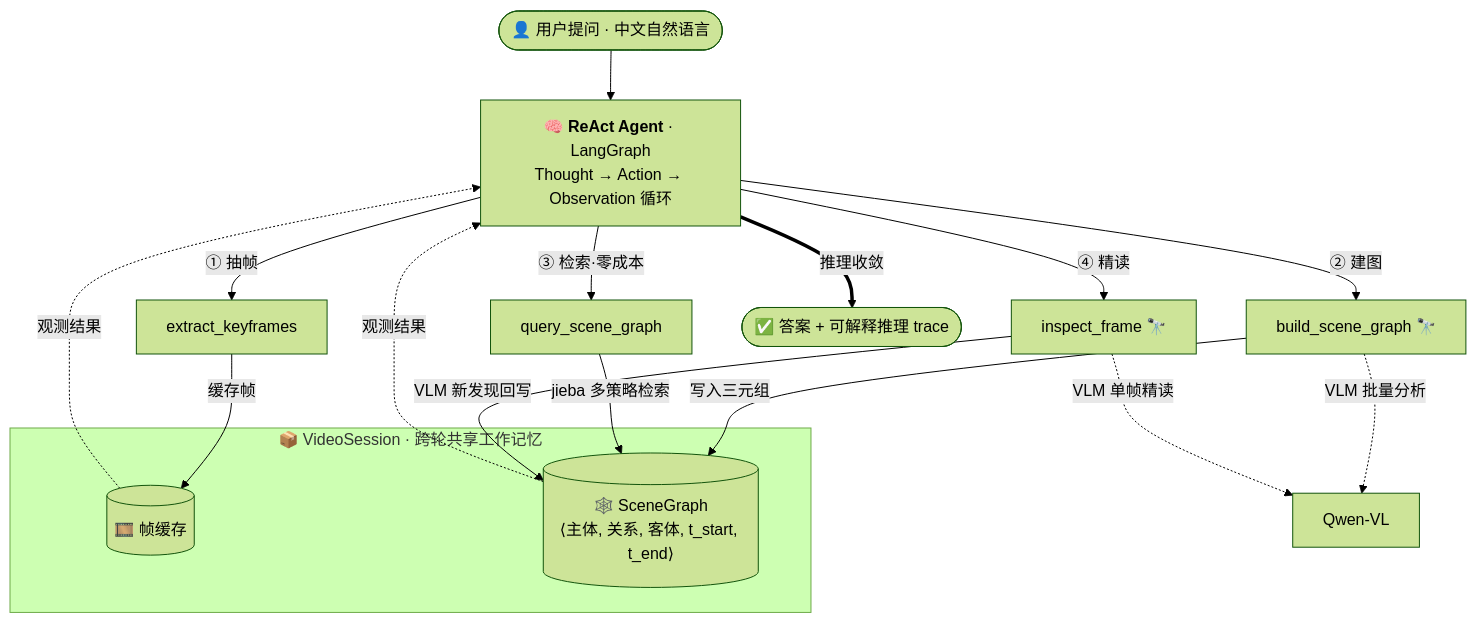
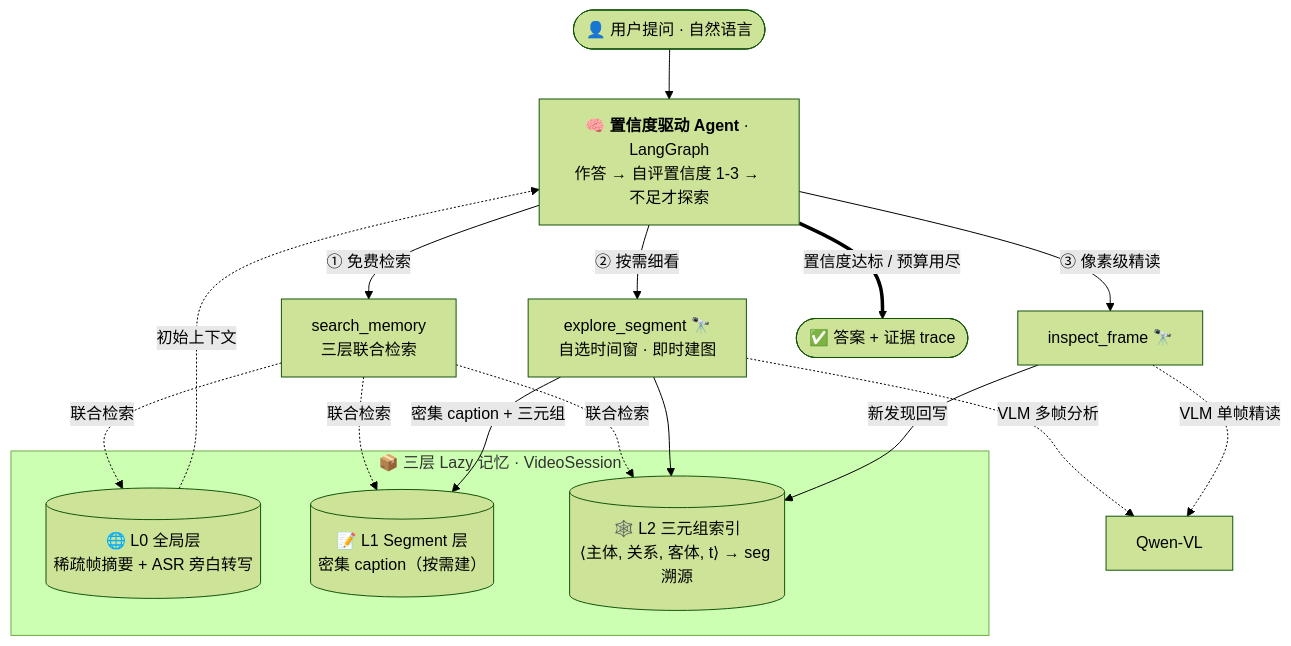
Before and after one commit to Henrick-Cheng/Video-agent: the diagram in README.md, drawn with Mermaid (forest theme). The commit also changed other lines of this file, not shown here.

First line of the commit message:
docs: rewrite README for v2 architecture (keep Chinese)

````diff
--- a/README.md
+++ b/README.md
@@ -16,28 +16,27 @@
 ```mermaid
 flowchart TD
-    User(["👤 用户提问 · 中文自然语言"]) --> Agent
+    User(["👤 用户提问 · 自然语言"]) --> Agent
 
-    Agent["🧠 <b>ReAct Agent</b> · LangGraph<br/>Thought → Action → Observation 循环"]
+    Agent["🧠 <b>置信度驱动 Agent</b> · LangGraph<br/>作答 → 自评置信度 1-3 → 不足才探索"]
 
-    Agent -->|① 抽帧| T1["extract_keyframes"]
-    Agent -->|② 建图| T2["build_scene_graph 🔭"]
-    Agent -->|③ 检索·零成本| T3["query_scene_graph"]
-    Agent -->|④ 精读| T4["inspect_frame 🔭"]
+    Agent -->|① 免费检索| T1["search_memory<br/>三层联合检索"]
+    Agent -->|② 按需细看| T2["explore_segment 🔭<br/>自选时间窗 · 即时建图"]
+    Agent -->|③ 像素级精读| T3["inspect_frame 🔭"]
 
-    T1 -->|缓存帧| FC
-    T2 -->|写入三元组| SG
-    T3 -->|jieba 多策略检索| SG
-    T4 -->|VLM 新发现回写| SG
-
-    subgraph SESSION["📦 VideoSession · 跨轮共享工作记忆"]
-        SG[("🕸️ SceneGraph<br/>⟨主体, 关系, 客体, t_start, t_end⟩")]
-        FC[("🎞️ 帧缓存")]
+    subgraph MEM["📦 三层 Lazy 记忆 · VideoSession"]
+        L0[("🌐 L0 全局层<br/>稀疏帧摘要 + ASR 旁白转写")]
+        L1[("📝 L1 Segment 层<br/>密集 caption（按需建）")]
+        L2[("🕸️ L2 三元组索引<br/>⟨主体, 关系, 客体, t⟩ → seg 溯源")]
     end
 
-    SG -. 观测结果 .-> Agent
-    FC -. 观测结果 .-> Agent
-    Agent ==>|推理收敛| Answer(["✅ 答案 + 可解释推理 trace"])
+    T1 -. 联合检索 .-> L0 & L1 & L2
+    T2 -->|密集 caption + 三元组| L1
+    T2 --> L2
+    T3 -->|新发现回写| L2
 
-    T2 -. VLM 批量分析 .-> VLM["Qwen-VL"]
-    T4 -. VLM 单帧精读 .-> VLM
+    L0 -. 初始上下文 .-> Agent
+    Agent ==>|置信度达标 / 预算用尽| Answer(["✅ 答案 + 证据 trace"])
+
+    T2 -. VLM 多帧分析 .-> VLM["Qwen-VL"]
+    T3 -. VLM 单帧精读 .-> VLM
 ```
````
